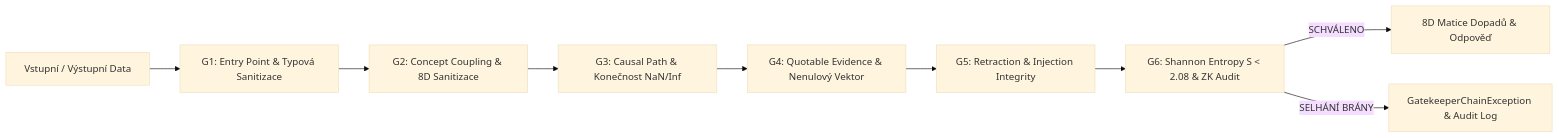
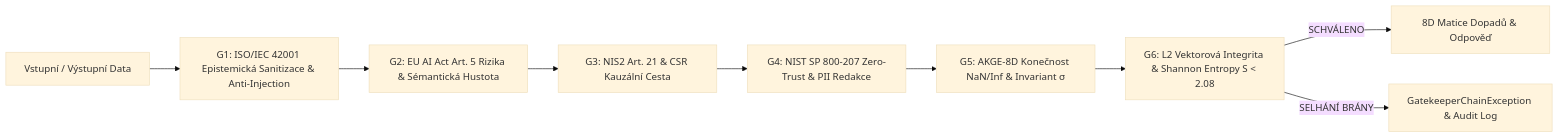
One commit to suseto-ui/OMNIS_00 changed the second of 3 diagrams in README.md. Above: the diagram before and after it, drawn with Mermaid (base theme). The commit also changed other lines of this file and 26 other files, not shown here.

````diff
--- a/README.md
+++ b/README.md
@@ -100,11 +100,11 @@
 ```mermaid
 flowchart LR
-    Q[Vstupní / Výstupní Data] --> G1[G1: Entry Point & Typová Sanitizace]
-    G1 --> G2[G2: Concept Coupling & 8D Sanitizace]
-    G2 --> G3[G3: Causal Path & Konečnost NaN/Inf]
-    G3 --> G4[G4: Quotable Evidence & Nenulový Vektor]
-    G4 --> G5[G5: Retraction & Injection Integrity]
-    G5 --> G6[G6: Shannon Entropy S < 2.08 & ZK Audit]
+    Q[Vstupní / Výstupní Data] --> G1[G1: ISO/IEC 42001 Epistemická Sanitizace & Anti-Injection]
+    G1 --> G2[G2: EU AI Act Art. 5 Rizika & Sémantická Hustota]
+    G2 --> G3[G3: NIS2 Art. 21 & CSR Kauzální Cesta]
+    G3 --> G4[G4: NIST SP 800-207 Zero-Trust & PII Redakce]
+    G4 --> G5[G5: AKGE-8D Konečnost NaN/Inf & Invariant σ]
+    G5 --> G6[G6: L2 Vektorová Integrita & Shannon Entropy S < 2.08]
     G6 -->|SCHVÁLENO| MAT[8D Matice Dopadů & Odpověď]
     G6 -->|SELHÁNÍ BRÁNY| EXC[GatekeeperChainException & Audit Log]
 ```
````
